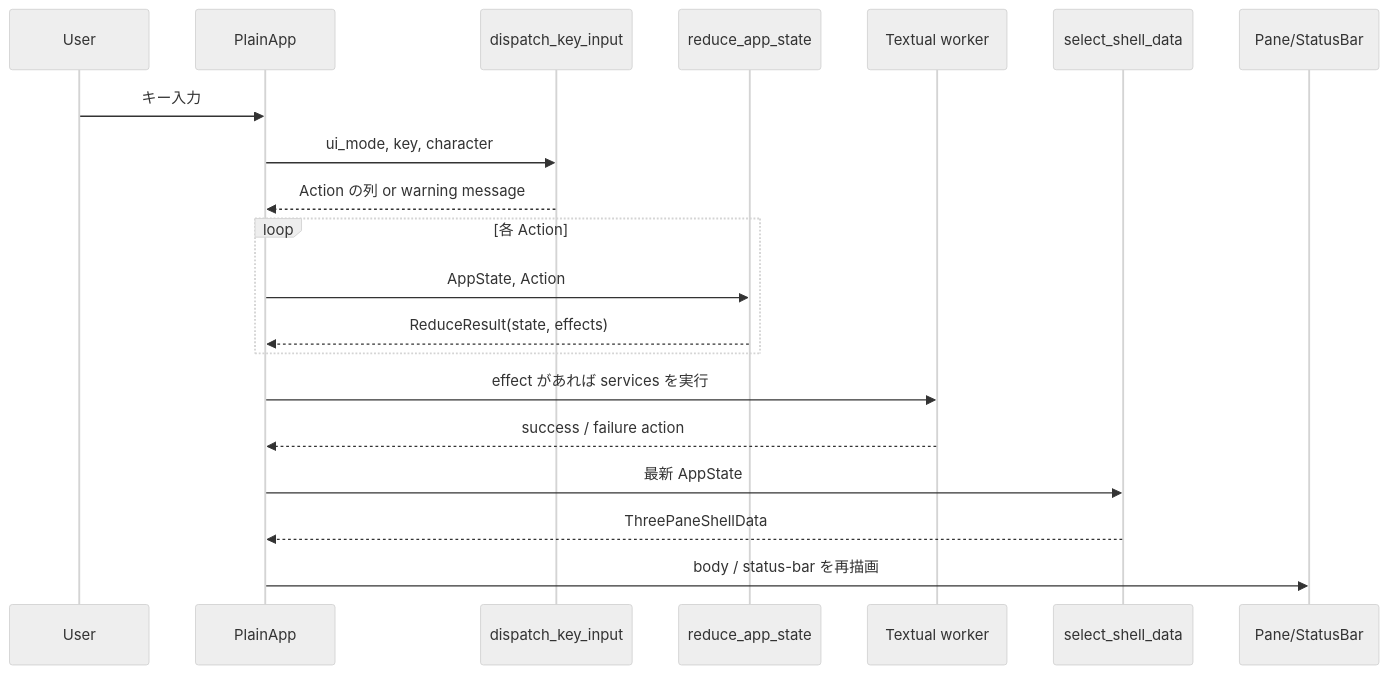
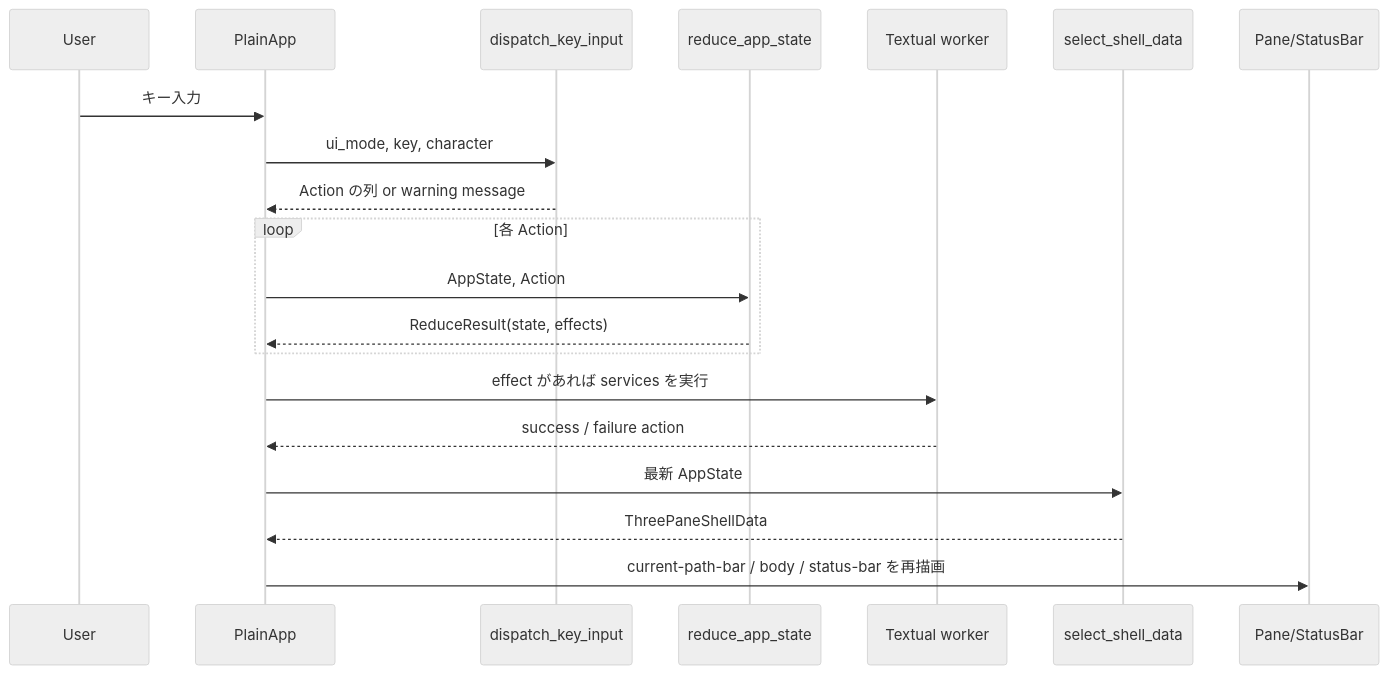
One commit to devgamesan/peneo changed the second of 4 diagrams in docs/architecture.md. Above: the diagram before and after it, drawn with Mermaid (neutral theme). The commit also changed other lines of this file and 9 other files, not shown here.

Commit message:
Move current path bar to top of shell

````diff
--- a/docs/architecture.md
+++ b/docs/architecture.md
@@ -62,23 +62,23 @@
 ```mermaid
 sequenceDiagram
     participant User as User
     participant App as PlainApp
     participant Input as dispatch_key_input
     participant Reducer as reduce_app_state
     participant Worker as Textual worker
     participant Selector as select_shell_data
     participant UI as Pane/StatusBar
 
     User->>App: キー入力
     App->>Input: ui_mode, key, character
     Input-->>App: Action の列 or warning message
     loop 各 Action
         App->>Reducer: AppState, Action
         Reducer-->>App: ReduceResult(state, effects)
     end
     App->>Worker: effect があれば services を実行
     Worker-->>App: success / failure action
     App->>Selector: 最新 AppState
     Selector-->>App: ThreePaneShellData
-    App->>UI: body / status-bar を再描画
+    App->>UI: current-path-bar / body / status-bar を再描画
 ```
````
